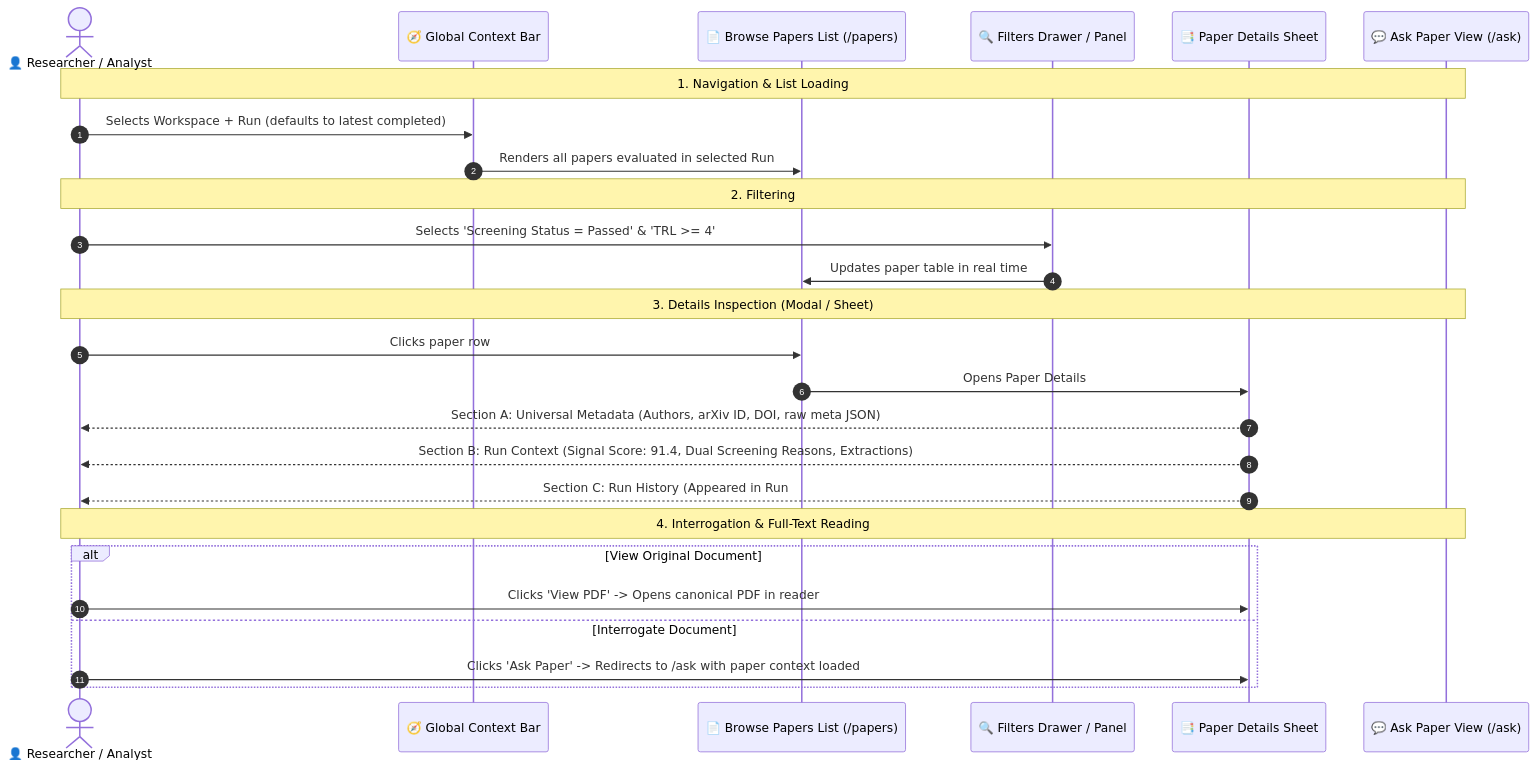
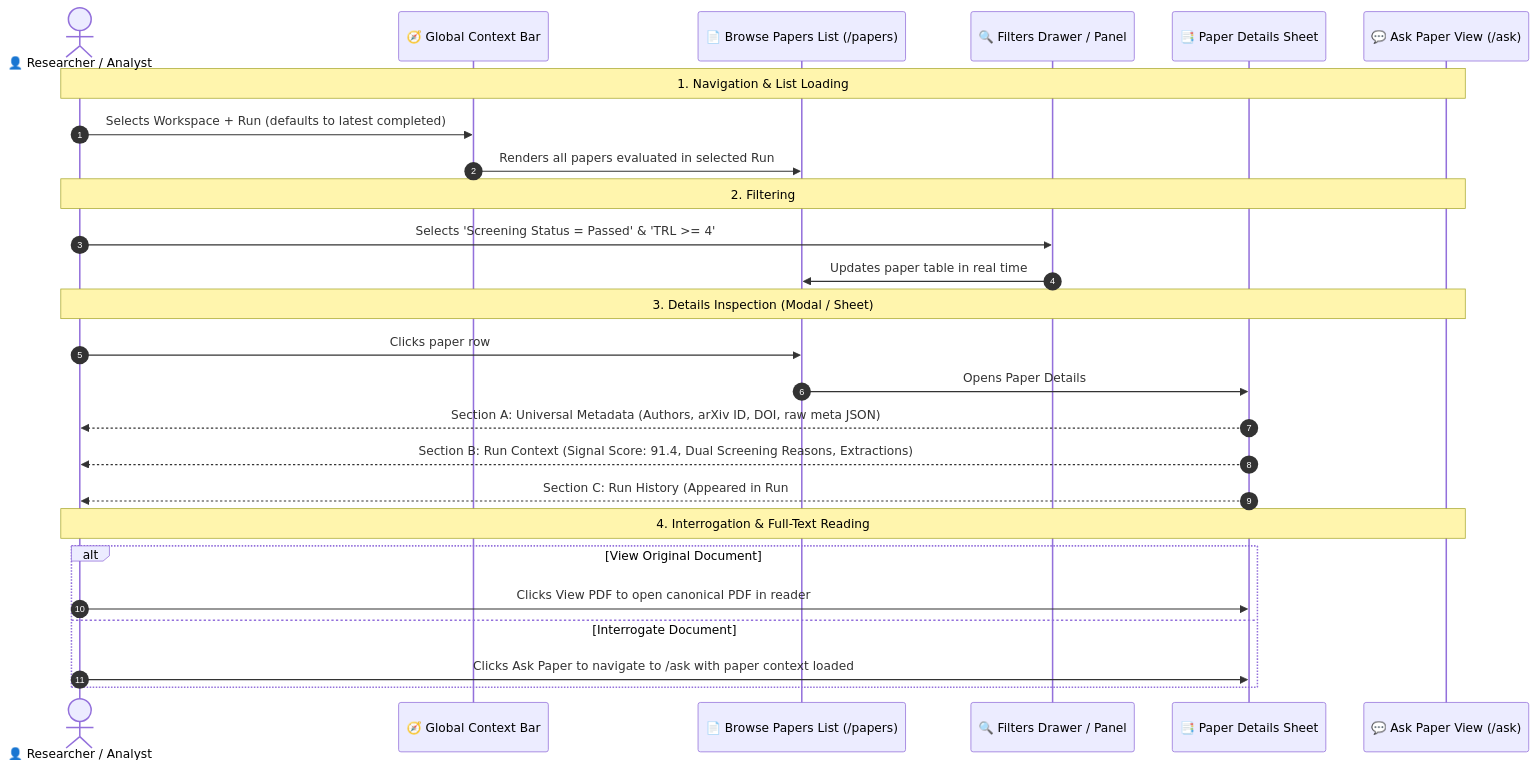
The second of 6 diagrams in docs/user_journeys/stage_2_user_journeys.md (p4ku/research-intelligence), drawn with Mermaid before and after one commit. The commit also changed other lines of this file, not shown here.

Commit message:
fix(docs): resolve Mermaid syntax errors in diagrams 5.3, 6.2, 7, and 8

````diff
--- a/docs/user_journeys/stage_2_user_journeys.md
+++ b/docs/user_journeys/stage_2_user_journeys.md
@@ -124,32 +124,32 @@
 ```mermaid
 sequenceDiagram
     autonumber
     actor User as 👤 Researcher / Analyst
     participant TopBar as 🧭 Global Context Bar
     participant PapersList as 📄 Browse Papers List (/papers)
     participant Filters as 🔍 Filters Drawer / Panel
     participant DetailsView as 📑 Paper Details Sheet
     participant AskUI as 💬 Ask Paper View (/ask)
 
     Note over User,AskUI: 1. Navigation & List Loading
     User->>TopBar: Selects Workspace + Run (defaults to latest completed)
     TopBar->>PapersList: Renders all papers evaluated in selected Run
 
     Note over User,AskUI: 2. Filtering
     User->>Filters: Selects 'Screening Status = Passed' & 'TRL >= 4'
     Filters->>PapersList: Updates paper table in real time
 
     Note over User,AskUI: 3. Details Inspection (Modal / Sheet)
     User->>PapersList: Clicks paper row
     PapersList->>DetailsView: Opens Paper Details
     DetailsView-->>User: Section A: Universal Metadata (Authors, arXiv ID, DOI, raw meta JSON)
     DetailsView-->>User: Section B: Run Context (Signal Score: 91.4, Dual Screening Reasons, Extractions)
     DetailsView-->>User: Section C: Run History (Appeared in Run #12, Run #14)
 
     Note over User,AskUI: 4. Interrogation & Full-Text Reading
     alt View Original Document
-        User->>DetailsView: Clicks 'View PDF' -> Opens canonical PDF in reader
+        User->>DetailsView: Clicks View PDF to open canonical PDF in reader
     else Interrogate Document
-        User->>DetailsView: Clicks 'Ask Paper' -> Redirects to /ask with paper context loaded
+        User->>DetailsView: Clicks Ask Paper to navigate to /ask with paper context loaded
     end
 ```
````
